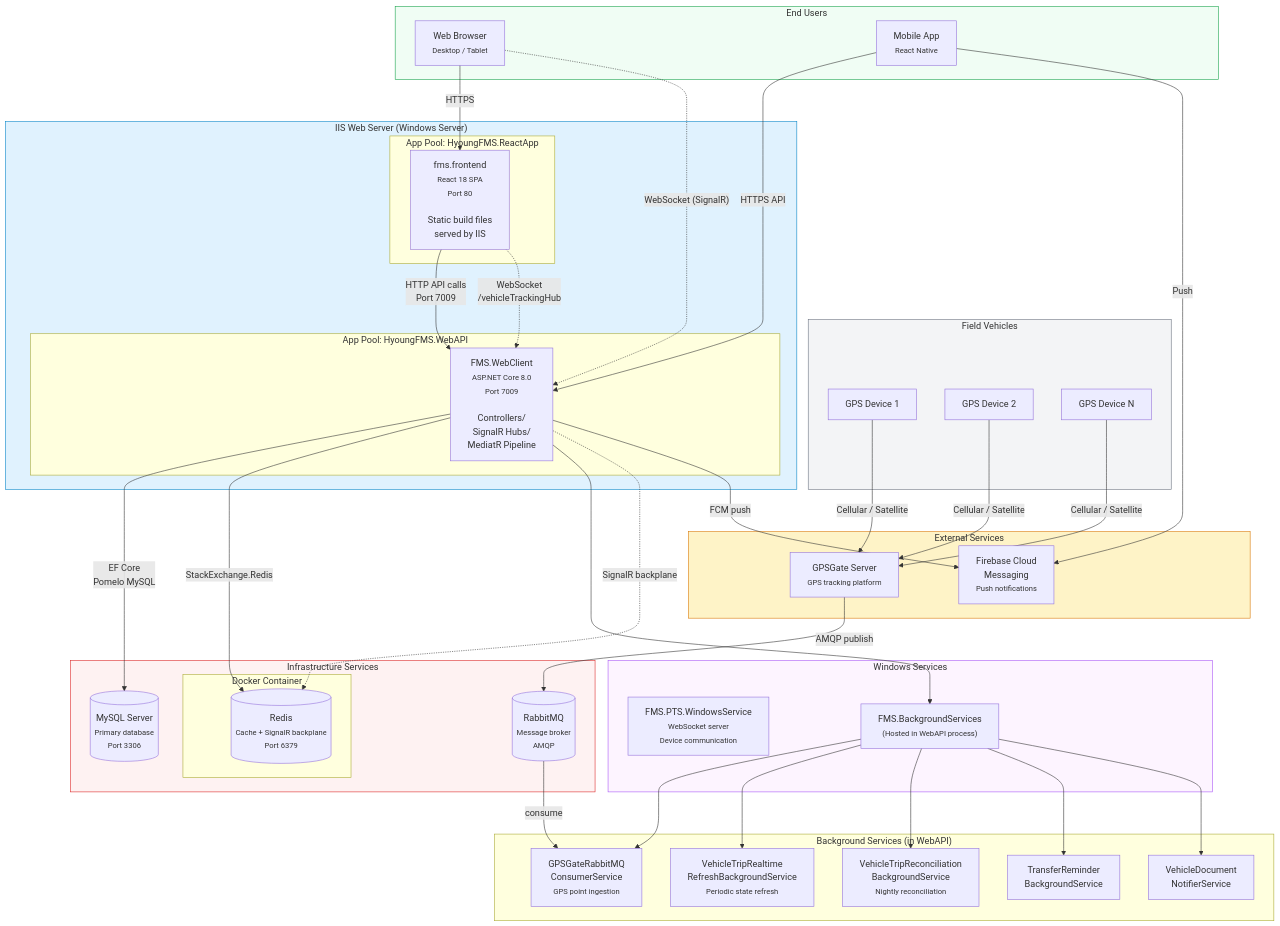
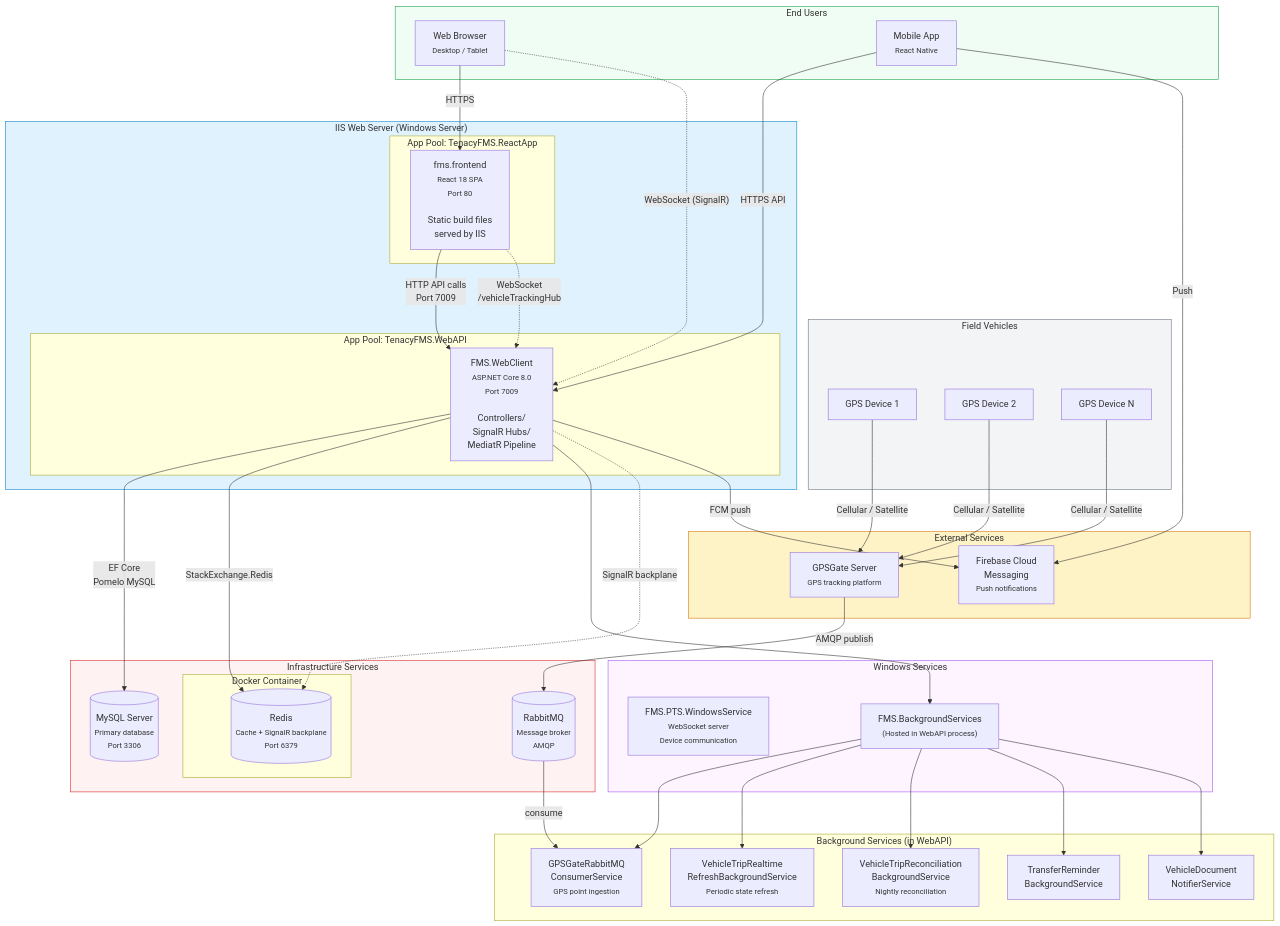
One commit to kkagiri/TenacityFMS changed the diagram in Documentation/Features/trip-management/V1/diagrams/24-deployment-diagram.md. Above: the diagram before and after it, drawn with Mermaid. The commit also changed other lines of this file and 1620 other files, not shown here.

```diff
--- a/Documentation/Features/trip-management/V1/diagrams/24-deployment-diagram.md
+++ b/Documentation/Features/trip-management/V1/diagrams/24-deployment-diagram.md
@@ -25,11 +25,11 @@
     end
 
     subgraph IIS["IIS Web Server (Windows Server)"]
-        subgraph BackendPool["App Pool: HyoungFMS.WebAPI"]
+        subgraph BackendPool["App Pool: TenacyFMS.WebAPI"]
             WebAPI["FMS.WebClient<br/><small>ASP.NET Core 8.0</small><br/><small>Port 7009</small><br/><br/>Controllers/<br/>SignalR Hubs/<br/>MediatR Pipeline"]
         end
 
-        subgraph FrontendPool["App Pool: HyoungFMS.ReactApp"]
+        subgraph FrontendPool["App Pool: TenacyFMS.ReactApp"]
             ReactApp["fms.frontend<br/><small>React 18 SPA</small><br/><small>Port 80</small><br/><br/>Static build files<br/>served by IIS"]
         end
     end
```
